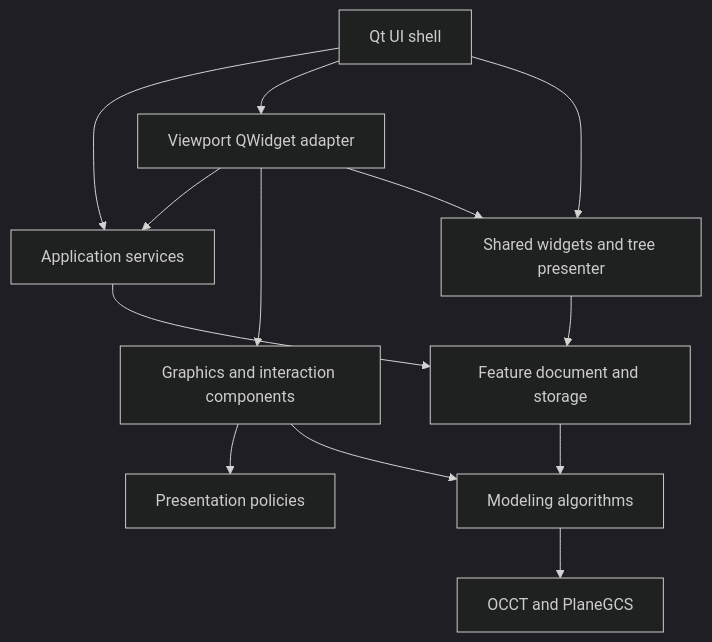
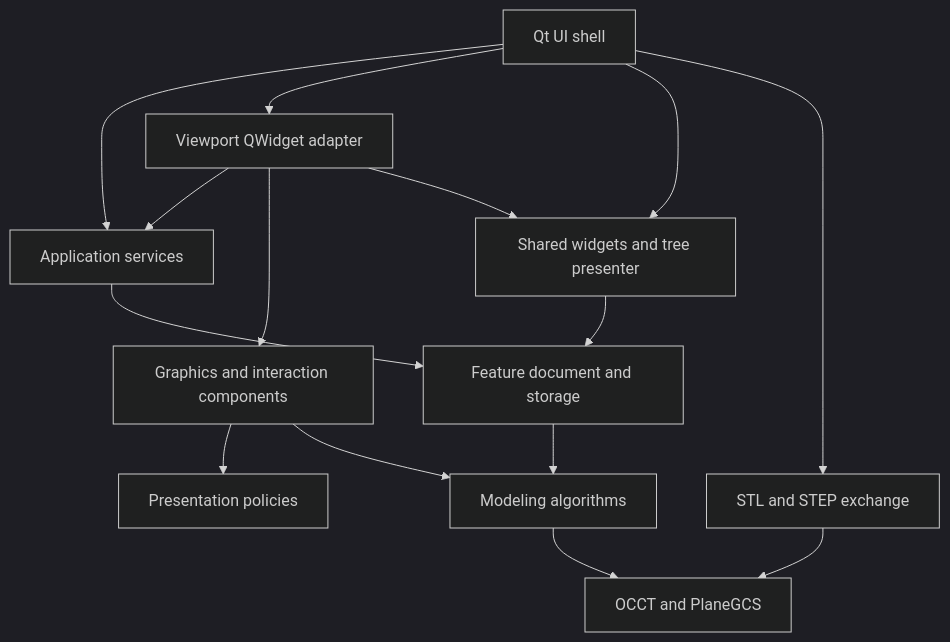
One commit to jkbvita/TheCAD changed the diagram in docs/architecture.md. Above: the diagram before and after it, drawn with Mermaid (dark theme). The commit also changed other lines of this file and 25 other files, not shown here.

Commit message:
Add STL and STEP exports with native Windows file dialogs

````diff
--- a/docs/architecture.md
+++ b/docs/architecture.md
@@ -7,15 +8,17 @@
 ```mermaid
 flowchart TD
     Shell[Qt UI shell] --> App[Application services]
     Shell --> Adapter[Viewport QWidget adapter]
     Shell --> Widgets[Shared widgets and tree presenter]
+    Shell --> Exchange[STL and STEP exchange]
+    Exchange --> Kernel
     Adapter --> App
     Adapter --> Graphics[Graphics and interaction components]
     Adapter --> Widgets
     Graphics --> Appearance[Presentation policies]
     Graphics --> Modeling[Modeling algorithms]
     App --> Document[Feature document and storage]
     Widgets --> Document
     Document --> Modeling
     Modeling --> Kernel[OCCT and PlaneGCS]
 ```
````
